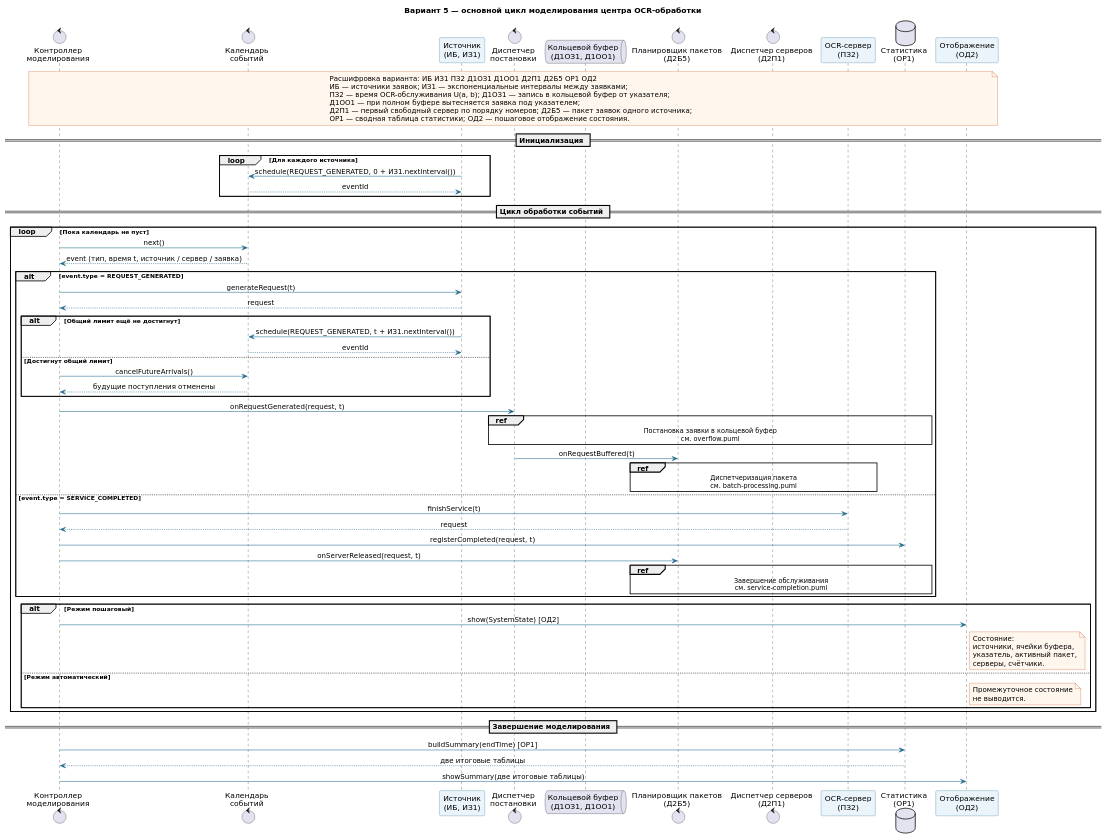
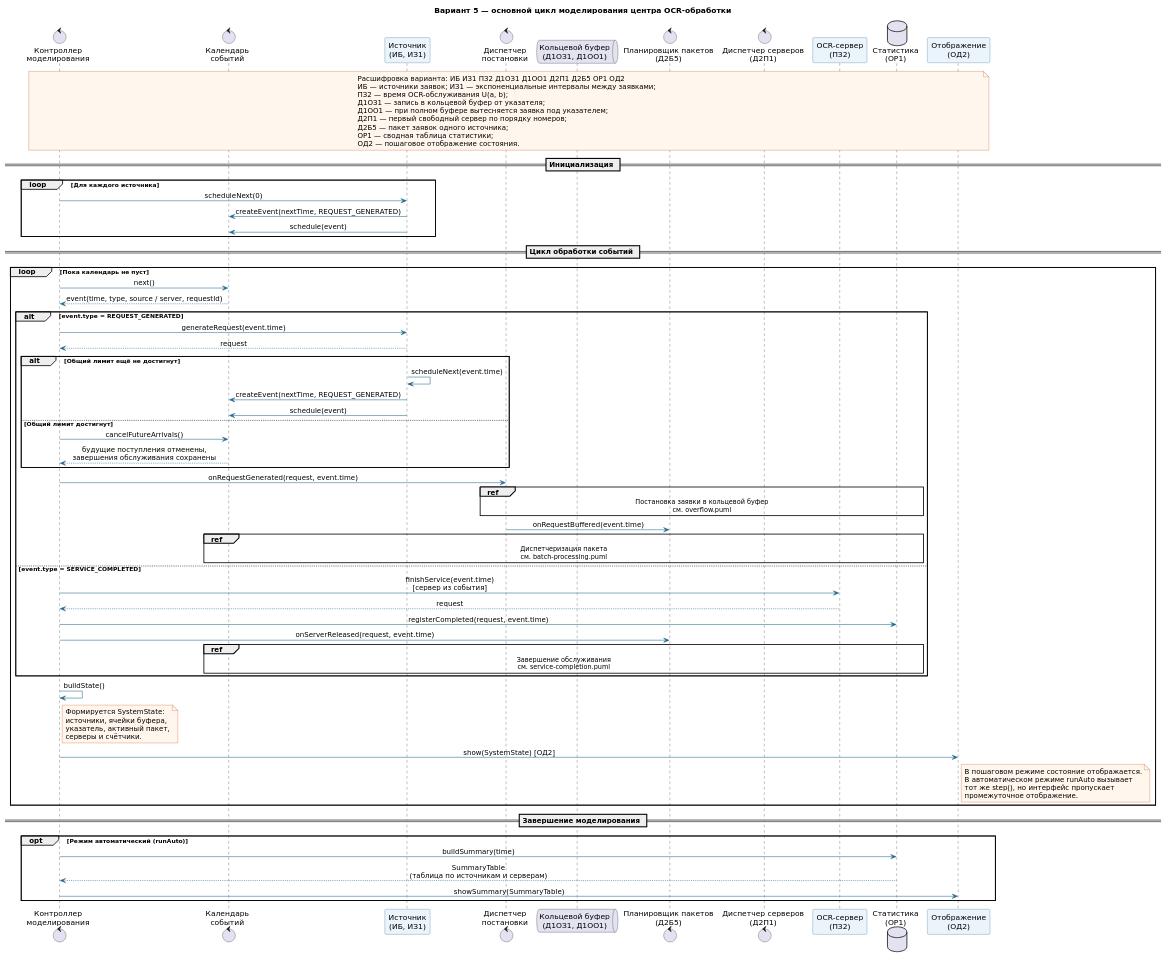
Before and after one commit to xanaoxx/smo-ocr-variant-5: the diagram in smo-ocr-variant-5/diagrams/sequence/main-flow.puml, drawn with PlantUML.

```diff
--- a/smo-ocr-variant-5/diagrams/sequence/main-flow.puml
+++ b/smo-ocr-variant-5/diagrams/sequence/main-flow.puml
@@ -2,104 +1,118 @@
 @startuml
 skinparam backgroundColor white
 skinparam shadowing false
 skinparam defaultFontName DejaVu Sans
 skinparam sequenceMessageAlign center
 skinparam ArrowColor #236B8E
 skinparam ParticipantBorderColor #236B8E
 skinparam ParticipantBackgroundColor #EAF4FA
 skinparam NoteBackgroundColor #FFF7ED
 skinparam NoteBorderColor #C2410C
 
 title Вариант 5 — основной цикл моделирования центра OCR-обработки
 
 control "Контроллер\nмоделирования" as Controller
 control "Календарь\nсобытий" as Calendar
 participant "Источник\n(ИБ, ИЗ1)" as Source
 control "Диспетчер\nпостановки" as Placement
 queue "Кольцевой буфер\n(Д1ОЗ1, Д1ОО1)" as Buffer
 control "Планировщик пакетов\n(Д2Б5)" as Batch
 control "Диспетчер серверов\n(Д2П1)" as ServerDispatch
 participant "OCR-сервер\n(ПЗ2)" as Worker
 database "Статистика\n(ОР1)" as Stats
 participant "Отображение\n(ОД2)" as View
 
 note over Controller, View
 Расшифровка варианта: ИБ ИЗ1 ПЗ2 Д1ОЗ1 Д1ОО1 Д2П1 Д2Б5 ОР1 ОД2
 ИБ — источники заявок; ИЗ1 — экспоненциальные интервалы между заявками;
-ПЗ2 — время OCR-обслуживания U(a, b); Д1ОЗ1 — запись в кольцевой буфер от указателя;
+ПЗ2 — время OCR-обслуживания U(a, b);
+Д1ОЗ1 — запись в кольцевой буфер от указателя;
 Д1ОО1 — при полном буфере вытесняется заявка под указателем;
-Д2П1 — первый свободный сервер по порядку номеров; Д2Б5 — пакет заявок одного источника;
-ОР1 — сводная таблица статистики; ОД2 — пошаговое отображение состояния.
+Д2П1 — первый свободный сервер по порядку номеров;
+Д2Б5 — пакет заявок одного источника;
+ОР1 — сводная таблица статистики;
+ОД2 — пошаговое отображение состояния.
 end note
 
 == Инициализация ==
 
 loop Для каждого источника
-  Source -> Calendar: schedule(REQUEST_GENERATED, 0 + ИЗ1.nextInterval())
-  Calendar --> Source: eventId
+  Controller -> Source: scheduleNext(0)
+  Source -> Calendar: createEvent(nextTime, REQUEST_GENERATED)
+  Source -> Calendar: schedule(event)
 end
 
 == Цикл обработки событий ==
 
 loop Пока календарь не пуст
 
   Controller -> Calendar: next()
-  Calendar --> Controller: event (тип, время t, источник / сервер / заявка)
+  Calendar --> Controller: event(time, type, source / server, requestId)
 
   alt event.type = REQUEST_GENERATED
 
-    Controller -> Source: generateRequest(t)
+    Controller -> Source: generateRequest(event.time)
     Source --> Controller: request
 
     alt Общий лимит ещё не достигнут
-      Source -> Calendar: schedule(REQUEST_GENERATED, t + ИЗ1.nextInterval())
-      Calendar --> Source: eventId
-    else Достигнут общий лимит
+      Source -> Source: scheduleNext(event.time)
+      Source -> Calendar: createEvent(nextTime, REQUEST_GENERATED)
+      Source -> Calendar: schedule(event)
+    else Общий лимит достигнут
       Controller -> Calendar: cancelFutureArrivals()
-      Calendar --> Controller: будущие поступления отменены
+      Calendar --> Controller: будущие поступления отменены,\nзавершения обслуживания сохранены
     end
 
-    Controller -> Placement: onRequestGenerated(request, t)
+    Controller -> Placement: onRequestGenerated(request, event.time)
+
     ref over Placement, Buffer, Stats: Постановка заявки в кольцевой буфер\nсм. overflow.puml
-    Placement -> Batch: onRequestBuffered(t)
-    ref over Batch, ServerDispatch, Worker: Диспетчеризация пакета\nсм. batch-processing.puml
+
+    Placement -> Batch: onRequestBuffered(event.time)
+
+    ref over Batch, Buffer, ServerDispatch, Worker, Calendar, Stats: Диспетчеризация пакета\nсм. batch-processing.puml
 
   else event.type = SERVICE_COMPLETED
 
-    Controller -> Worker: finishService(t)
+    Controller -> Worker: finishService(event.time)\n[сервер из события]
     Worker --> Controller: request
-    Controller -> Stats: registerCompleted(request, t)
-    Controller -> Batch: onServerReleased(request, t)
-    ref over Batch, Worker, Stats: Завершение обслуживания\nсм. service-completion.puml
+
+    Controller -> Stats: registerCompleted(request, event.time)
+
+    Controller -> Batch: onServerReleased(request, event.time)
+
+    ref over Batch, Buffer, ServerDispatch, Worker, Calendar, Stats: Завершение обслуживания\nсм. service-completion.puml
 
   end
 
-  alt Режим пошаговый
+  Controller -> Controller: buildState()
 
-    Controller -> View: show(SystemState) [ОД2]
+  note right of Controller
+    Формируется SystemState:
+    источники, ячейки буфера,
+    указатель, активный пакет,
+    серверы и счётчики.
+  end note
 
-    note right of View
-      Состояние:
-      источники, ячейки буфера,
-      указатель, активный пакет,
-      серверы, счётчики.
-    end note
+  Controller -> View: show(SystemState) [ОД2]
 
-  else Режим автоматический
-
-    note right of View
-      Промежуточное состояние
-      не выводится.
-    end note
-
-  end
+  note right of View
+    В пошаговом режиме состояние отображается.
+    В автоматическом режиме runAuto вызывает
+    тот же step(), но интерфейс пропускает
+    промежуточное отображение.
+  end note
 
 end
 
 == Завершение моделирования ==
 
-Controller -> Stats: buildSummary(endTime) [ОР1]
-Stats --> Controller: две итоговые таблицы
-Controller -> View: showSummary(две итоговые таблицы)
+opt Режим автоматический (runAuto)
+
+  Controller -> Stats: buildSummary(time)
+  Stats --> Controller: SummaryTable\n(таблица по источникам и серверам)
+
+  Controller -> View: showSummary(SummaryTable)
+
+end
 
 @enduml
```
